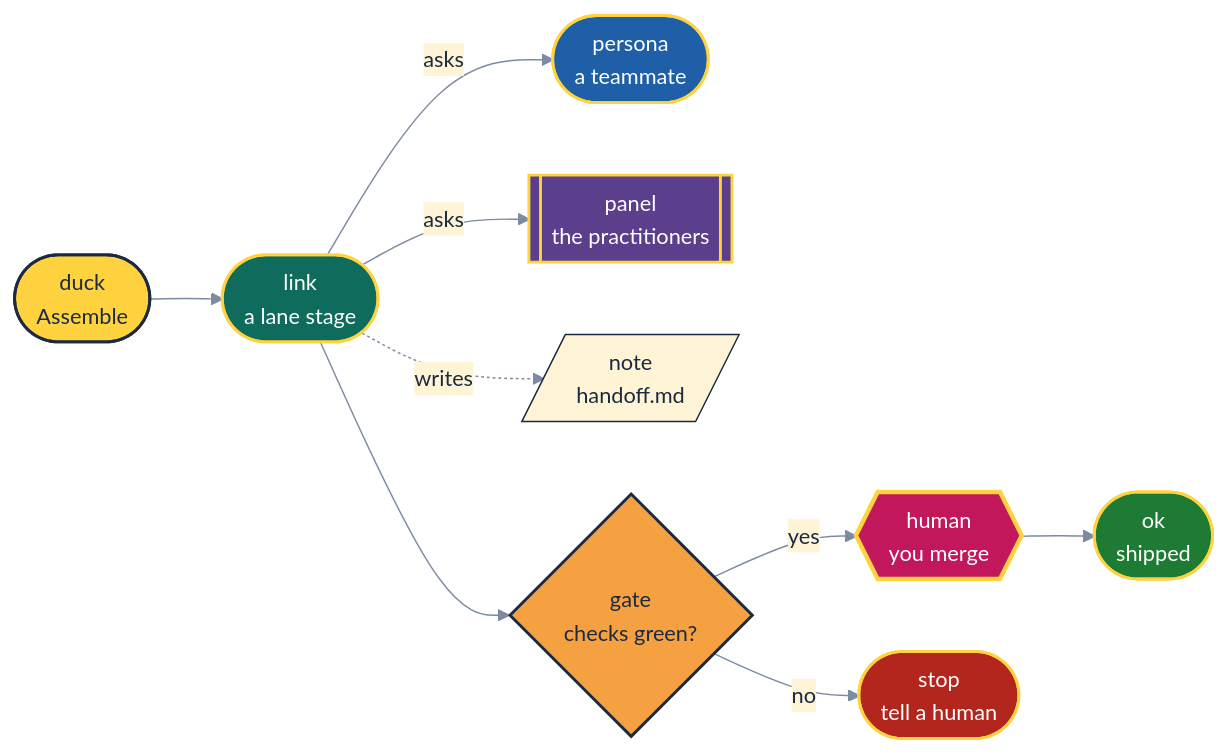
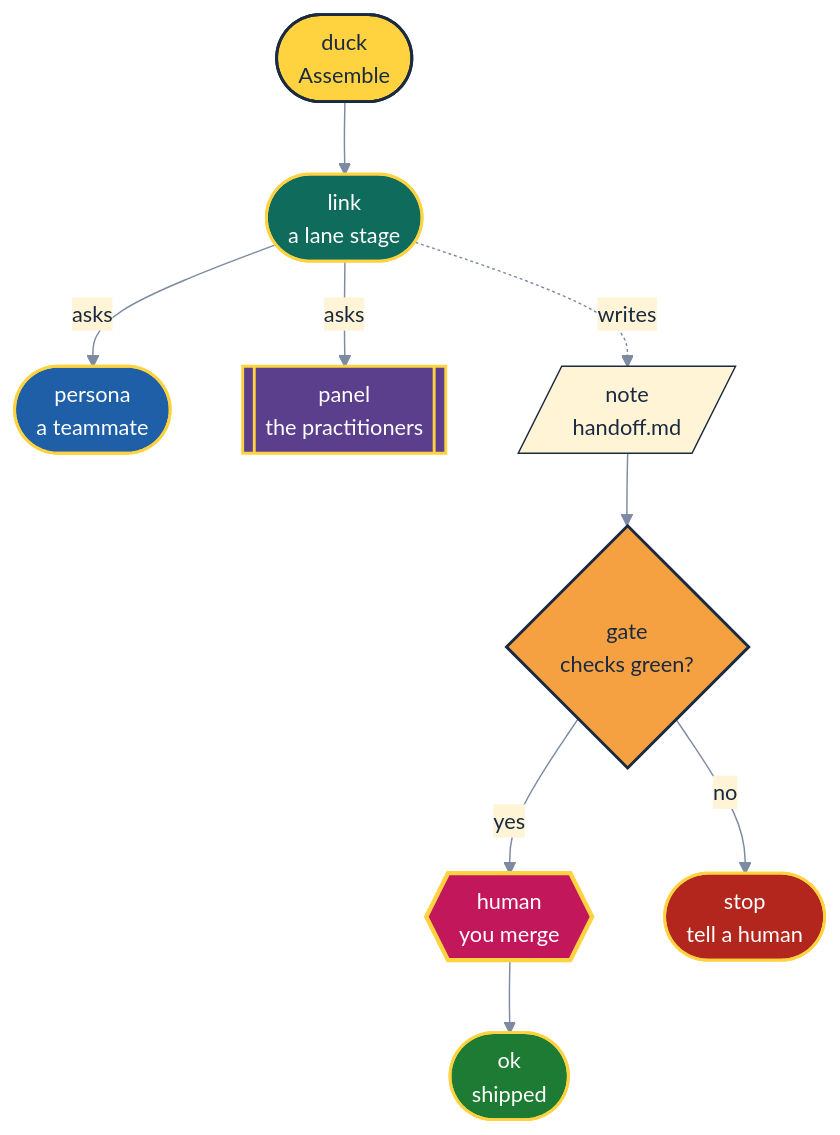
One commit to RubberDuckEngineering/ai-did-it changed the diagram in docs/brand.md. Above: the diagram before and after it, drawn with Mermaid. The commit also changed other lines of this file and 16 other files, not shown here.

````diff
--- a/docs/brand.md
+++ b/docs/brand.md
@@ -27,20 +27,20 @@
 ```mermaid
-%%{init: {"theme": "base", "themeVariables": {"fontSize": "15px", "primaryColor": "#FFF4D6", "primaryTextColor": "#1B2A41", "primaryBorderColor": "#1B2A41", "textColor": "#1B2A41", "lineColor": "#7C8BA1", "edgeLabelBackground": "#FFF4D6", "clusterBkg": "#1B2A41", "clusterBorder": "#FFD23F", "titleColor": "#FFD23F"}}}%%
-flowchart LR
+%%{init: {"theme": "base", "themeVariables": {"fontSize": "15px", "primaryColor": "#FFF4D6", "primaryTextColor": "#1B2A41", "primaryBorderColor": "#1B2A41", "textColor": "#1B2A41", "lineColor": "#7C8BA1", "edgeLabelBackground": "#FFF4D6", "clusterBkg": "#1B2A41", "clusterBorder": "#FFD23F", "titleColor": "#FFD23F"}, "flowchart": {"diagramPadding": 8}}}%%
+flowchart TB
     D(["duck<br/>Assemble"]):::duck --> L(["link<br/>a lane stage"]):::link
     L -->|"asks"| R(["persona<br/>a teammate"]):::persona
     L -->|"asks"| P[["panel<br/>the practitioners"]]:::panel
     L -.->|"writes"| N[/"note<br/>handoff.md"/]:::note
-    L --> G{"gate<br/>checks green?"}:::gate
+    N --> G{"gate<br/>checks green?"}:::gate
     G -->|"yes"| H{{"human<br/>you merge"}}:::human --> O(["ok<br/>shipped"]):::ok
     G -->|"no"| S(["stop<br/>tell a human"]):::stop
     classDef duck fill:#FFD23F,color:#1B2A41,stroke:#1B2A41,stroke-width:2px
     classDef link fill:#0F6B5C,color:#FFFFFF,stroke:#FFD23F,stroke-width:2px
     classDef gate fill:#F5A142,color:#1B2A41,stroke:#1B2A41,stroke-width:2px
     classDef human fill:#C2185B,color:#FFFFFF,stroke:#FFD23F,stroke-width:3px
     classDef panel fill:#5B3F8C,color:#FFFFFF,stroke:#FFD23F,stroke-width:2px
     classDef stop fill:#B3261E,color:#FFFFFF,stroke:#FFD23F,stroke-width:2px
     classDef ok fill:#1E7B34,color:#FFFFFF,stroke:#FFD23F,stroke-width:2px
     classDef note fill:#FFF4D6,color:#1B2A41,stroke:#1B2A41,stroke-width:1px
     classDef persona fill:#1F5FA8,color:#FFFFFF,stroke:#FFD23F,stroke-width:2px
 ```
````
